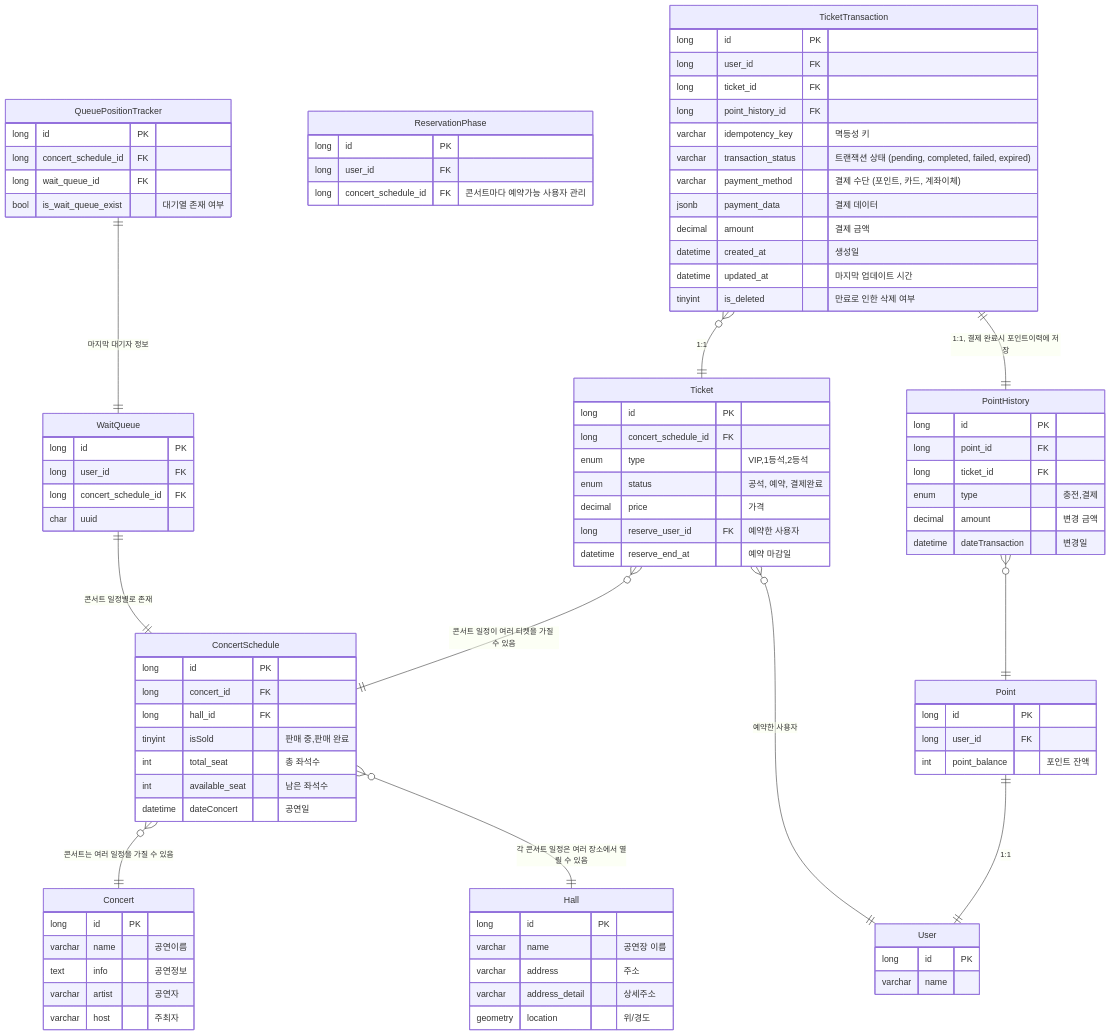
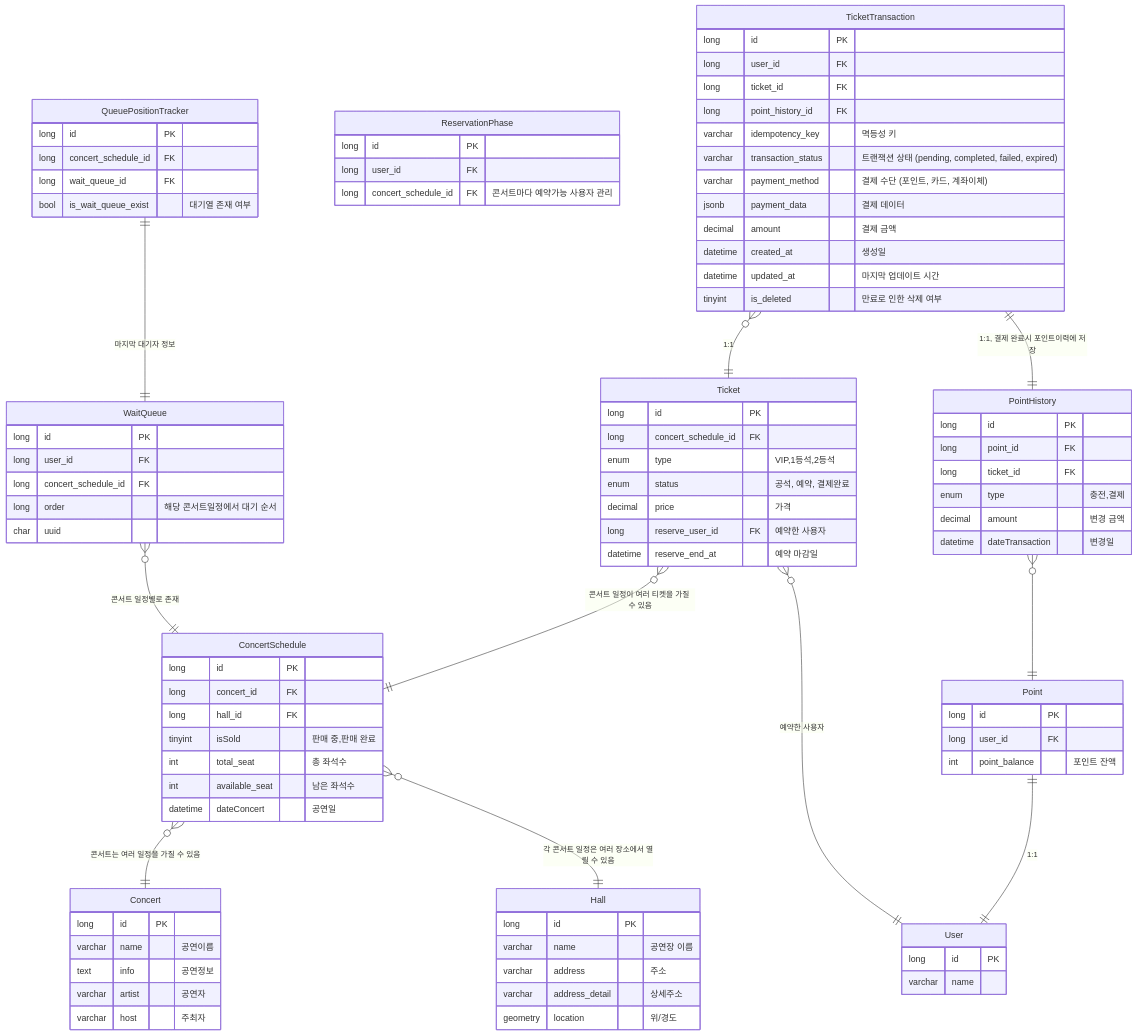
The diagram in doc/erd.md (chawchaw/concert), drawn with Mermaid before and after one commit. The commit also changed 4 other files, not shown here.

```diff
--- a/doc/erd.md
+++ b/doc/erd.md
@@ -71,9 +71,10 @@
         long id PK
         long user_id FK
         long concert_schedule_id FK
+        long order "해당 콘서트일정에서 대기 순서"
         char uuid
     }
-    WaitQueue ||--|| ConcertSchedule : "콘서트 일정별로 존재"
+    WaitQueue }o--|| ConcertSchedule : "콘서트 일정별로 존재"
 
     QueuePositionTracker {
         long id PK
```
